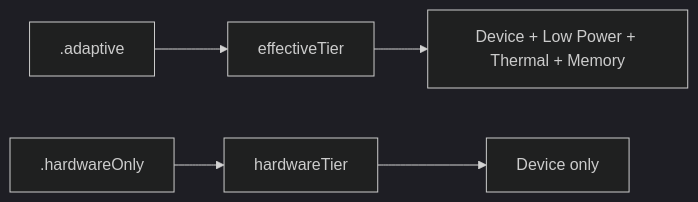
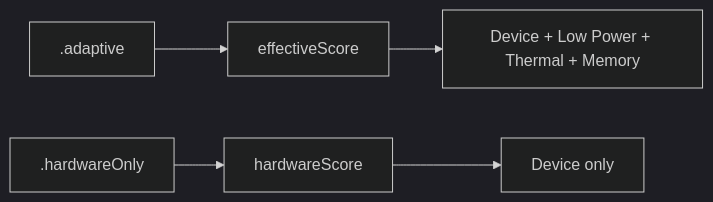
The second of 2 diagrams in README.md (NuPlay/Headroom), drawn with Mermaid (dark theme) before and after one commit. The commit also changed other lines of this file, not shown here.

Commit message:
Document score calibration

````diff
--- a/README.md
+++ b/README.md
@@ -148,8 +214,8 @@
 ```mermaid
 flowchart LR
-    A[.adaptive] --> B[effectiveTier]
+    A[.adaptive] --> B[effectiveScore]
     B --> C[Device + Low Power + Thermal + Memory]
 
-    D[.hardwareOnly] --> E[hardwareTier]
+    D[.hardwareOnly] --> E[hardwareScore]
     E --> F[Device only]
 ```
````
